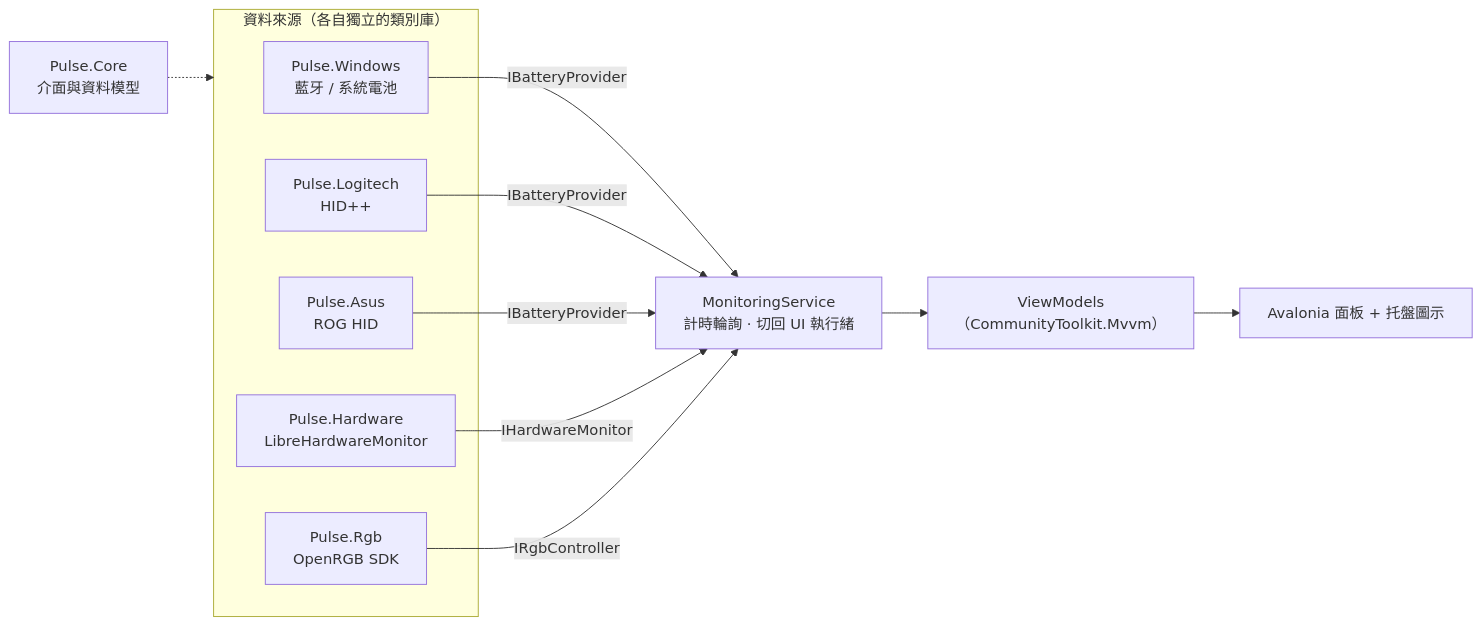
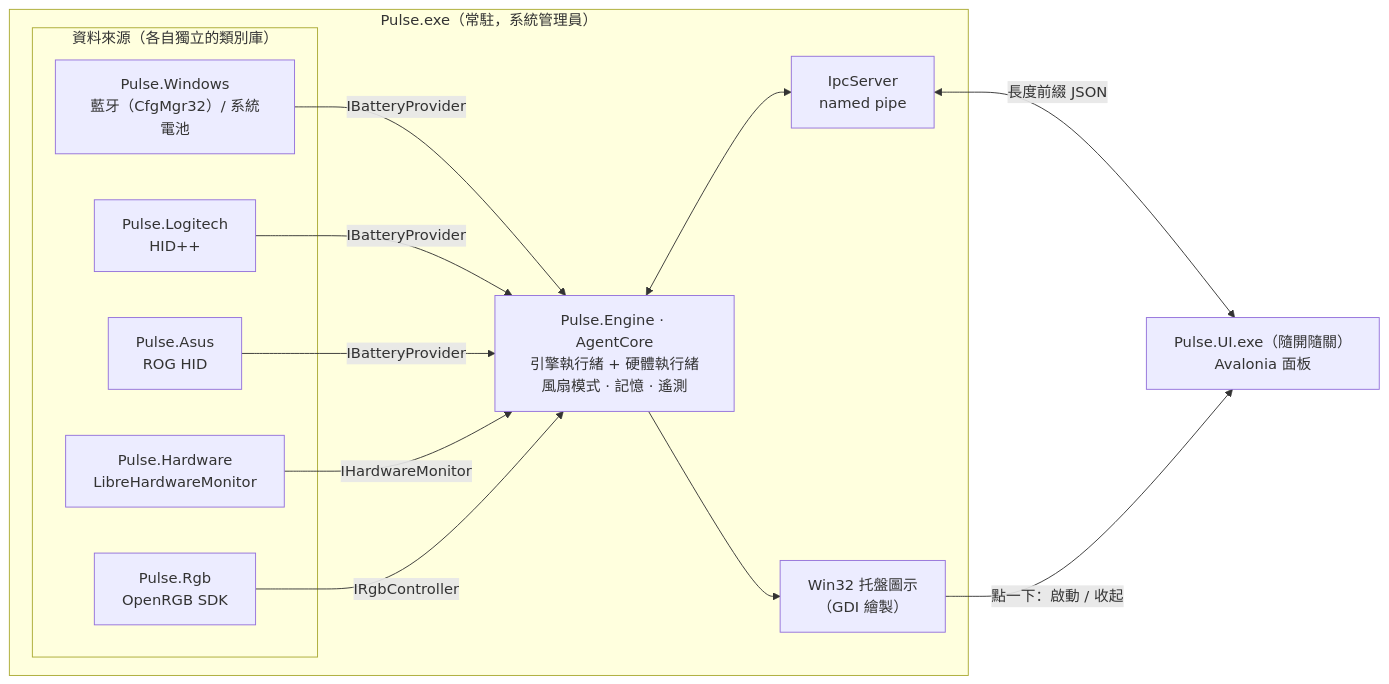
One commit to alextixu/pulse-monitor changed the diagram in README.md. Above: the diagram before and after it, drawn with Mermaid. The commit also changed other lines of this file and 8 other files, not shown here.

First line of the commit message:
Document the two-process architecture and finish the settings

````diff
--- a/README.md
+++ b/README.md
@@ -155,20 +171,23 @@
 ```mermaid
 flowchart LR
-    subgraph Providers["資料來源（各自獨立的類別庫）"]
-        BT["Pulse.Windows<br/>藍牙 / 系統電池"]
-        LG["Pulse.Logitech<br/>HID++"]
-        AS["Pulse.Asus<br/>ROG HID"]
-        HW["Pulse.Hardware<br/>LibreHardwareMonitor"]
-        RGB["Pulse.Rgb<br/>OpenRGB SDK"]
+    subgraph Agent["Pulse.exe（常駐，系統管理員）"]
+        subgraph Providers["資料來源（各自獨立的類別庫）"]
+            BT["Pulse.Windows<br/>藍牙（CfgMgr32）/ 系統電池"]
+            LG["Pulse.Logitech<br/>HID++"]
+            AS["Pulse.Asus<br/>ROG HID"]
+            HW["Pulse.Hardware<br/>LibreHardwareMonitor"]
+            RGB["Pulse.Rgb<br/>OpenRGB SDK"]
+        end
+        Engine["Pulse.Engine · AgentCore<br/>引擎執行緒 + 硬體執行緒<br/>風扇模式 · 記憶 · 遙測"]
+        Tray["Win32 托盤圖示<br/>（GDI 繪製）"]
+        Pipe["IpcServer<br/>named pipe"]
     end
-    Core["Pulse.Core<br/>介面與資料模型"]
-    MS["MonitoringService<br/>計時輪詢 · 切回 UI 執行緒"]
-    VM["ViewModels<br/>（CommunityToolkit.Mvvm）"]
-    UI["Avalonia 面板 + 托盤圖示"]
+    UI["Pulse.UI.exe（隨開隨關）<br/>Avalonia 面板"]
 
-    BT & LG & AS -- IBatteryProvider --> MS
-    HW -- IHardwareMonitor --> MS
-    RGB -- IRgbController --> MS
-    Core -.-> Providers
-    MS --> VM --> UI
+    BT & LG & AS -- IBatteryProvider --> Engine
+    HW -- IHardwareMonitor --> Engine
+    RGB -- IRgbController --> Engine
+    Engine --> Tray
+    Engine <--> Pipe <-- "長度前綴 JSON" --> UI
+    Tray -- 點一下：啟動 / 收起 --> UI
 ```
````
